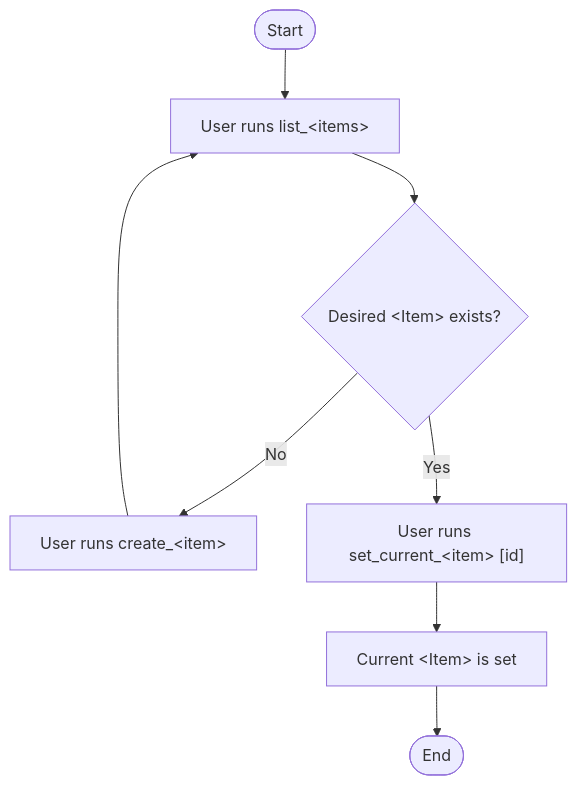
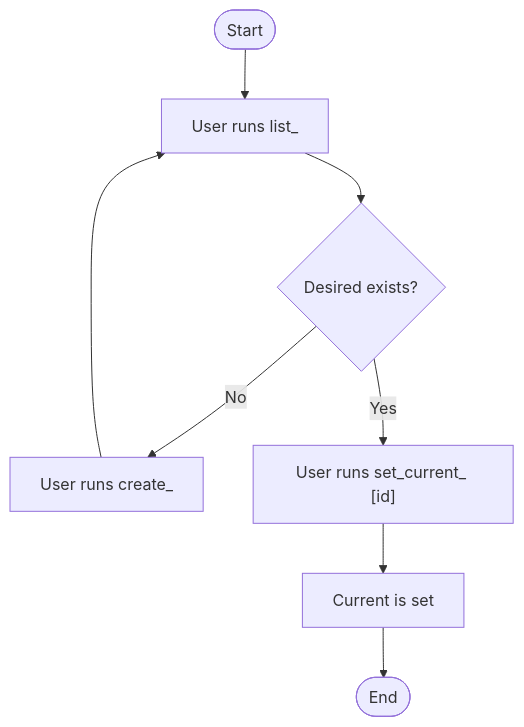
Before and after one commit to sgrade/plan-manager: the first of 3 diagrams in docs/project_workflow.md, drawn with Mermaid. The commit also changed other lines of this file and 6 other files, not shown here.

````diff
--- a/docs/project_workflow.md
+++ b/docs/project_workflow.md
@@ -19,10 +19,10 @@
 ```mermaid
 graph TD
-    A([Start]) --> B["User runs list_&lt;items&gt;"];
-    B --> C{Desired &lt;Item&gt; exists?};
-    C -- No --> D["User runs create_&lt;item&gt;"];
+    A([Start]) --> B["User runs list_<items>"];
+    B --> C{Desired <Item> exists?};
+    C -- No --> D["User runs create_<item>"];
     D --> B;
-    C -- Yes --> E["User runs set_current_&lt;item&gt; [id]"];
-    E --> F["Current &lt;Item&gt; is set"];
+    C -- Yes --> E["User runs set_current_<item> [id]"];
+    E --> F["Current <Item> is set"];
     F --> Z([End]);
 ```
````
